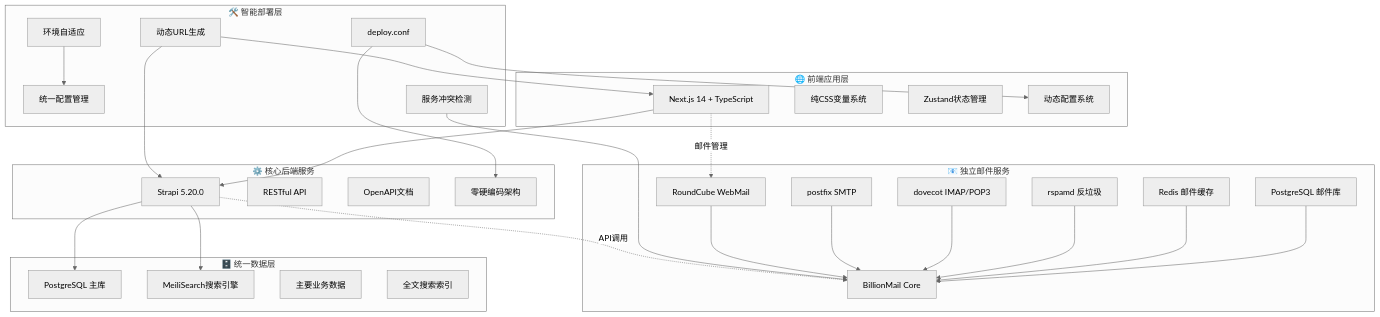
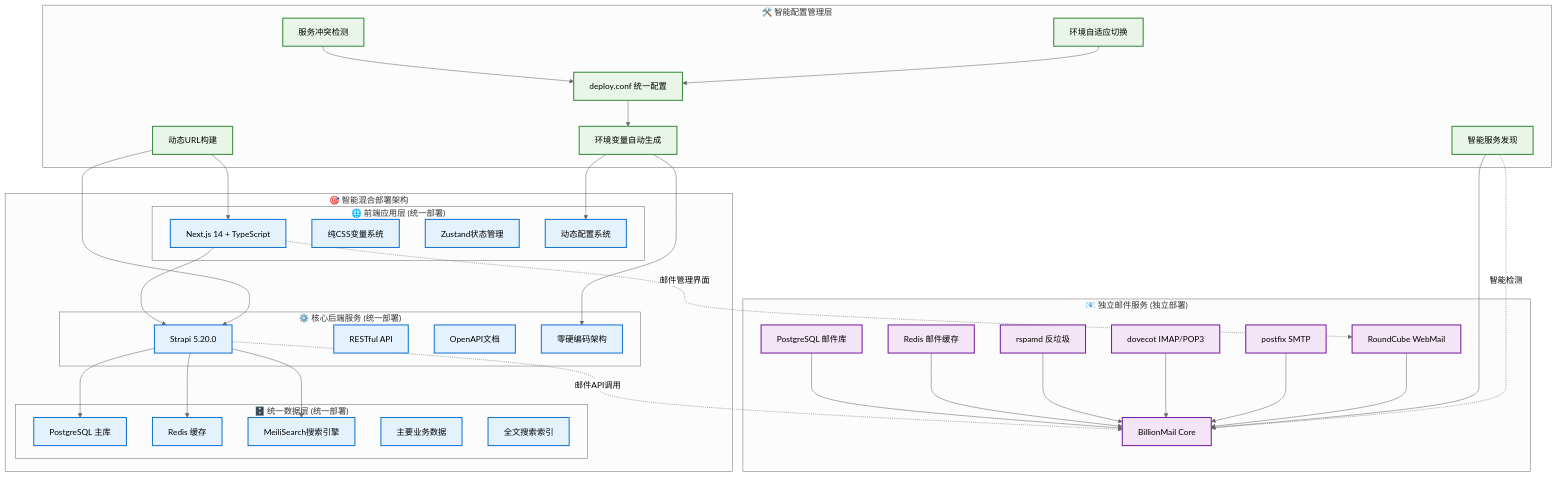
Before and after one commit to lyfe2025/aibianx: the first of 3 diagrams in README.md, drawn with Mermaid (neutral theme). The commit also changed other lines of this file and 3 other files, not shown here.

````diff
--- a/README.md
+++ b/README.md
@@ -37,27 +37,30 @@
 ```mermaid
 graph TB
-    subgraph "🌐 前端应用层"
-        A[Next.js 14 + TypeScript]
-        B[纯CSS变量系统]
-        C[Zustand状态管理]
-        A1[动态配置系统]
+    subgraph "🎯 智能混合部署架构"
+        subgraph "🌐 前端应用层 (统一部署)"
+            A[Next.js 14 + TypeScript]
+            B[纯CSS变量系统]
+            C[Zustand状态管理]
+            A1[动态配置系统]
+        end
+        
+        subgraph "⚙️ 核心后端服务 (统一部署)"
+            D[Strapi 5.20.0]
+            E[RESTful API]
+            F[OpenAPI文档]
+            D1[零硬编码架构]
+        end
+        
+        subgraph "🗄️ 统一数据层 (统一部署)"
+            G[PostgreSQL 主库]
+            H[Redis 缓存]
+            I[MeiliSearch搜索引擎]
+            G1[主要业务数据]
+            I1[全文搜索索引]
+        end
     end
     
-    subgraph "⚙️ 核心后端服务"
-        D[Strapi 5.20.0]
-        E[RESTful API]
-        F[OpenAPI文档]
-        D1[零硬编码架构]
-    end
-    
-    subgraph "🗄️ 统一数据层"
-        G[PostgreSQL 主库]
-        I[MeiliSearch搜索引擎]
-        G1[主要业务数据]
-        I1[全文搜索索引]
-    end
-    
-    subgraph "📧 独立邮件服务"
+    subgraph "📧 独立邮件服务 (独立部署)"
         J[BillionMail Core]
         J1[PostgreSQL 邮件库]
         J2[Redis 邮件缓存]
@@ -67,18 +70,22 @@
         J6[RoundCube WebMail]
     end
     
-    subgraph "🛠️ 智能部署层"
-        K[统一配置管理]
-        K1[deploy.conf]
-        K2[动态URL生成]
-        K3[环境自适应]
-        K4[服务冲突检测]
+    subgraph "🛠️ 智能配置管理层"
+        K[deploy.conf 统一配置]
+        K1[环境变量自动生成]
+        K2[动态URL构建]
+        K3[服务冲突检测]
+        K4[环境自适应切换]
+        K5[智能服务发现]
     end
     
+    %% 核心服务连接
     A --> D
     D --> G
+    D --> H
     D --> I
     
+    %% 邮件服务内部连接
     J1 --> J
     J2 --> J
     J3 --> J
@@ -86,13 +93,27 @@
     J5 --> J
     J6 --> J
     
+    %% 配置管理连接
+    K --> K1
     K1 --> A1
     K1 --> D1
     K2 --> A
     K2 --> D
     K3 --> K
-    K4 --> J
+    K4 --> K
+    K5 --> J
     
-    D -.->|API调用| J
-    A -.->|邮件管理| J6
+    %% 跨服务连接
+    D -.->|邮件API调用| J
+    A -.->|邮件管理界面| J6
+    K5 -.->|智能检测| J
+    
+    %% 样式定义
+    classDef unified fill:#e3f2fd,stroke:#1976d2,stroke-width:2px
+    classDef independent fill:#f3e5f5,stroke:#7b1fa2,stroke-width:2px
+    classDef management fill:#e8f5e8,stroke:#388e3c,stroke-width:2px
+    
+    class A,B,C,A1,D,E,F,D1,G,H,I,G1,I1 unified
+    class J,J1,J2,J3,J4,J5,J6 independent
+    class K,K1,K2,K3,K4,K5 management
 ```
````
